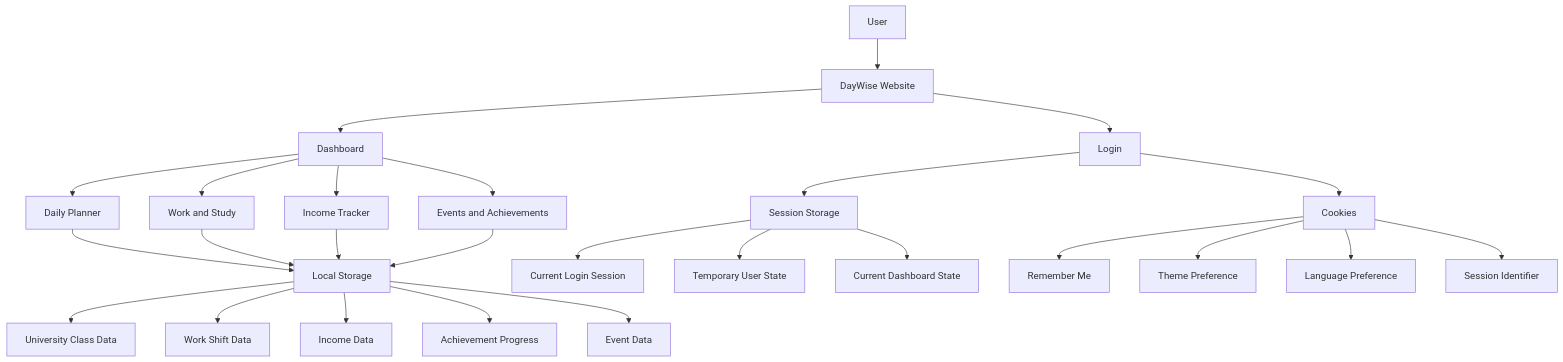
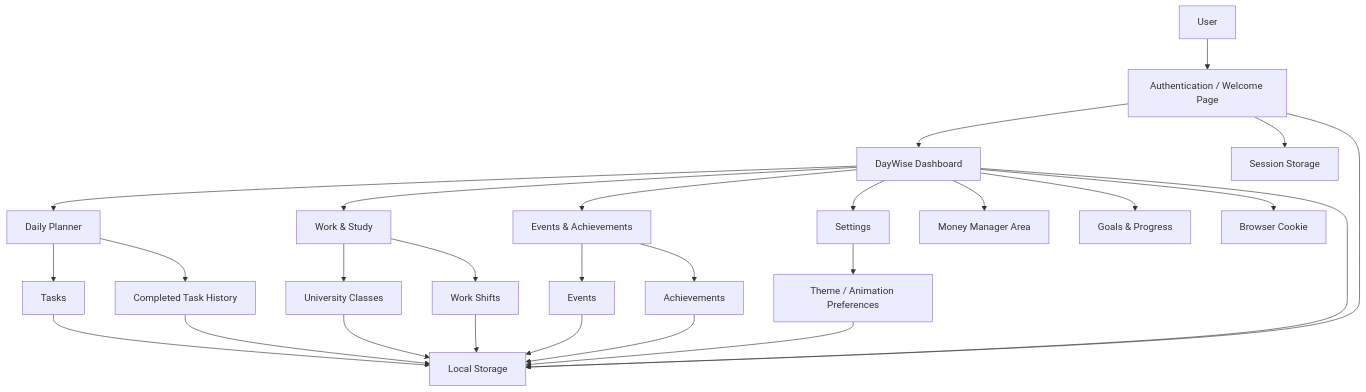
Before and after one commit to prabash0810/Group-A-C.S.D: the first of 4 diagrams in README.md, drawn with Mermaid. The commit also changed other lines of this file and 21 other files, not shown here.

Commit message:
Complete DayWise project

````diff
--- a/README.md
+++ b/README.md
@@ -169,37 +459,41 @@
 ```mermaid
-graph TD
+flowchart TD
 
-    A[User] --> B[DayWise Website]
+    U[User]
 
-    B --> C[Login]
-    B --> D[Dashboard]
+    U --> AUTH[Authentication / Welcome Page]
 
-    D --> E[Daily Planner]
-    D --> F[Work and Study]
-    D --> G[Income Tracker]
-    D --> H[Events and Achievements]
+    AUTH --> DASH[DayWise Dashboard]
 
-    E --> J[Local Storage]
-    F --> J
-    G --> J
-    H --> J
+    DASH --> PLANNER[Daily Planner]
+    DASH --> WORK[Work & Study]
+    DASH --> EVENTS[Events & Achievements]
+    DASH --> SETTINGS[Settings]
+    DASH --> MONEY[Money Manager Area]
+    DASH --> GOALS[Goals & Progress]
 
-    J --> J1[University Class Data]
-    J --> J2[Work Shift Data]
-    J --> J3[Income Data]
-    J --> J4[Achievement Progress]
-    J --> J5[Event Data]
+    PLANNER --> TASKS[Tasks]
+    PLANNER --> HISTORY[Completed Task History]
 
-    C --> K[Session Storage]
+    WORK --> UNI[University Classes]
+    WORK --> SHIFTS[Work Shifts]
 
-    K --> K1[Current Login Session]
-    K --> K2[Temporary User State]
-    K --> K3[Current Dashboard State]
+    EVENTS --> EVENTDATA[Events]
+    EVENTS --> ACHIEVE[Achievements]
 
-    C --> L[Cookies]
+    SETTINGS --> APPEARANCE[Theme / Animation Preferences]
 
-    L --> L1[Remember Me]
-    L --> L2[Theme Preference]
-    L --> L3[Language Preference]
-    L --> L4[Session Identifier]
+    TASKS --> LS[Local Storage]
+    HISTORY --> LS
+    UNI --> LS
+    SHIFTS --> LS
+    EVENTDATA --> LS
+    ACHIEVE --> LS
+    APPEARANCE --> LS
+    DASH --> LS
+
+    AUTH --> LS
+    AUTH --> SS[Session Storage]
+
+    DASH --> COOKIE[Browser Cookie]
 ```
````
